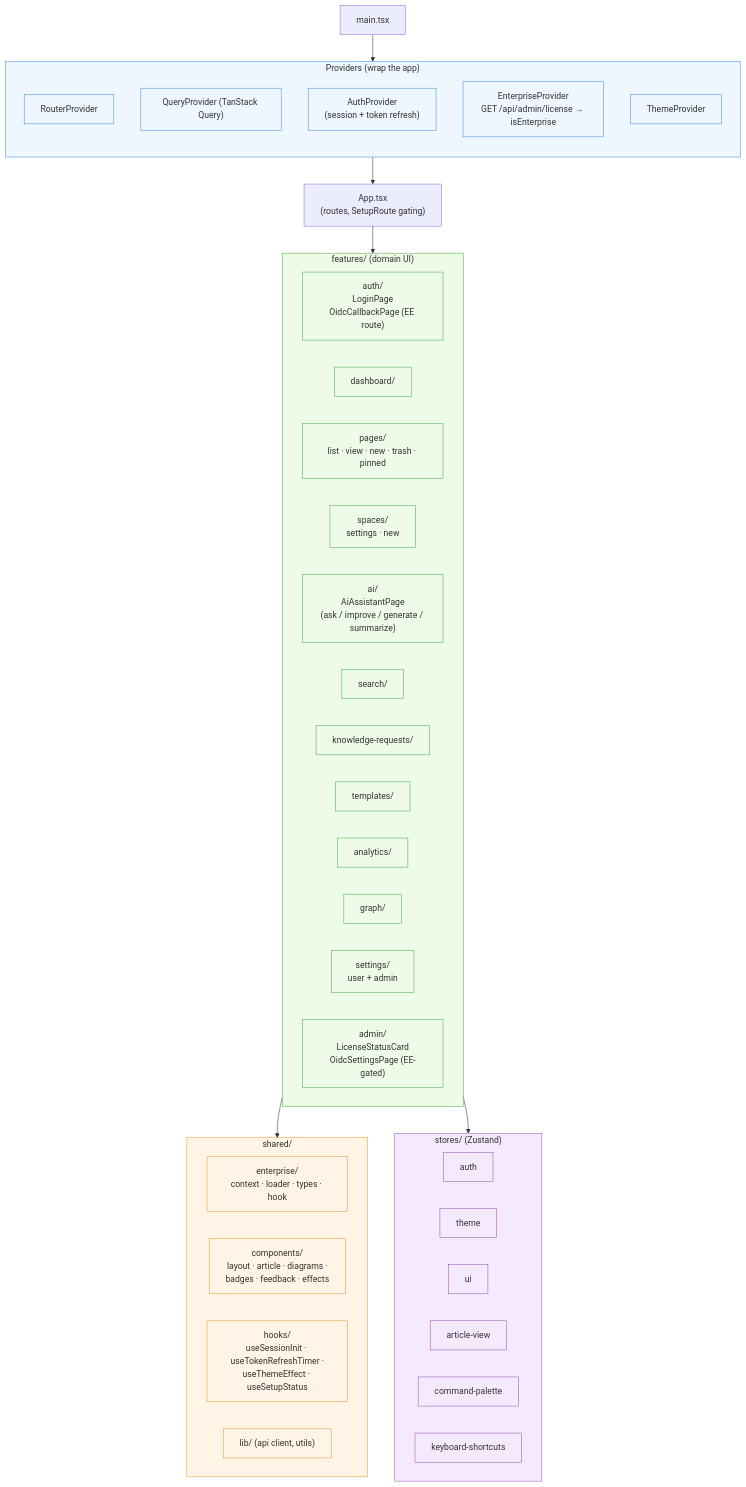
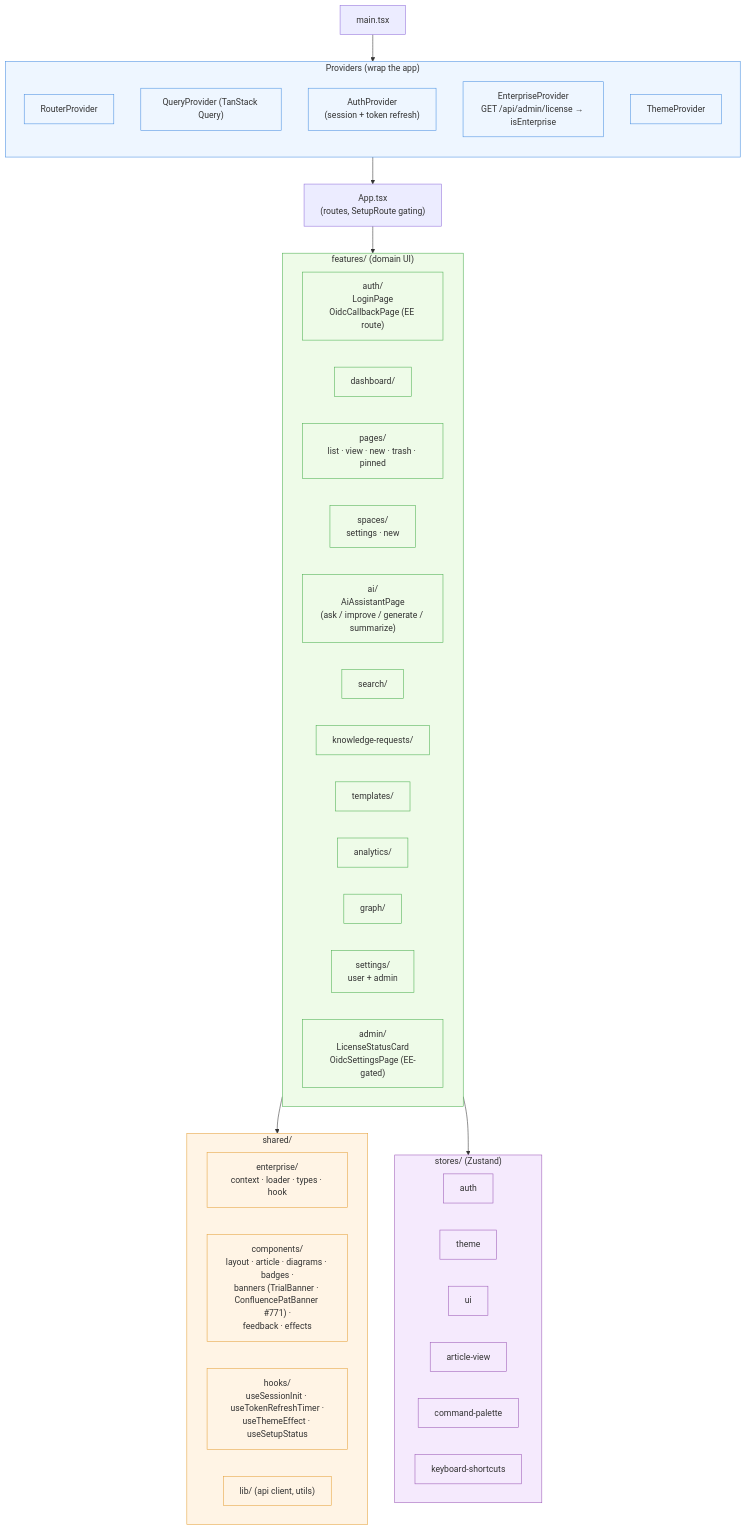
Before and after one commit to Compendiq/compendiq-ce: the first of 2 diagrams in docs/architecture/04-frontend-structure.md, drawn with Mermaid. The commit also changed 9 other files, not shown here.

````diff
--- a/docs/architecture/04-frontend-structure.md
+++ b/docs/architecture/04-frontend-structure.md
@@ -8,64 +8,64 @@
 ```mermaid
 flowchart TB
     main["main.tsx"]
 
     subgraph providers["Providers (wrap the app)"]
         direction TB
         rp["RouterProvider"]
         qp["QueryProvider (TanStack Query)"]
         ap["AuthProvider<br/>(session + token refresh)"]
         ep["EnterpriseProvider<br/>GET /api/admin/license → isEnterprise"]
         tp["ThemeProvider"]
     end
 
     main --> providers
     providers --> app["App.tsx<br/>(routes, SetupRoute gating)"]
 
     subgraph features["features/ (domain UI)"]
         direction LR
         fAuth["auth/<br/>LoginPage<br/>OidcCallbackPage (EE route)"]
         fDash["dashboard/"]
         fPages["pages/<br/>list · view · new · trash · pinned"]
         fSpaces["spaces/<br/>settings · new"]
         fAI["ai/<br/>AiAssistantPage<br/>(ask / improve / generate / summarize)"]
         fSearch["search/"]
         fKR["knowledge-requests/"]
         fTempl["templates/"]
         fAnalytics["analytics/"]
         fGraph["graph/"]
         fSettings["settings/<br/>user + admin"]
         fAdmin["admin/<br/>LicenseStatusCard<br/>OidcSettingsPage (EE-gated)"]
     end
 
     app --> features
 
     subgraph shared["shared/"]
         direction LR
         sEnt["enterprise/<br/>context · loader · types · hook"]
-        sComp["components/<br/>layout · article · diagrams ·<br/>badges · feedback · effects"]
+        sComp["components/<br/>layout · article · diagrams · badges ·<br/>banners (TrialBanner · ConfluencePatBanner #771) ·<br/>feedback · effects"]
         sHooks["hooks/<br/>useSessionInit · useTokenRefreshTimer ·<br/>useThemeEffect · useSetupStatus"]
         sLib["lib/ (api client, utils)"]
     end
 
     features --> shared
 
     subgraph stores["stores/ (Zustand)"]
         zAuth["auth"]
         zTheme["theme"]
         zUI["ui"]
         zAV["article-view"]
         zCmd["command-palette"]
         zKb["keyboard-shortcuts"]
     end
 
     features --> stores
 
     classDef prov fill:#eef6ff,stroke:#4a90e2
     classDef feat fill:#eefbe8,stroke:#4caf50
     classDef sh fill:#fff4e5,stroke:#e5a23c
     classDef st fill:#f5eafd,stroke:#9b59b6
     class providers,rp,qp,ap,ep,tp prov
     class features,fAuth,fDash,fPages,fSpaces,fAI,fSearch,fKR,fTempl,fAnalytics,fGraph,fSettings,fAdmin feat
     class shared,sEnt,sComp,sHooks,sLib sh
     class stores,zAuth,zTheme,zUI,zAV,zCmd,zKb st
 ```
````
